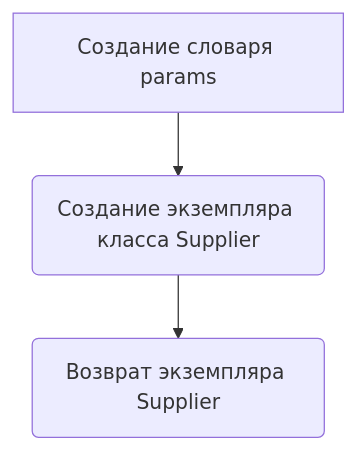
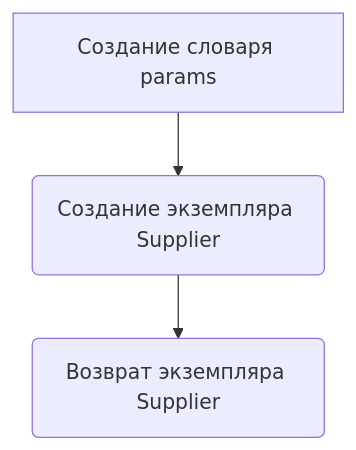
Before and after one commit to hypo69/hypo: the diagram in docs/gemini/ru/doc/src/suppliers/kualastyle/_experiments/notebook_header.py.md, drawn with Mermaid. The commit also changed other lines of this file and 881 other files, not shown here.

````diff
--- a/docs/gemini/ru/doc/src/suppliers/kualastyle/_experiments/notebook_header.py.md
+++ b/docs/gemini/ru/doc/src/suppliers/kualastyle/_experiments/notebook_header.py.md
@@ -42,5 +43,5 @@
 ```mermaid
 graph TD
-    A[Создание словаря params] --> B(Создание экземпляра класса Supplier);
+    A[Создание словаря params] --> B(Создание экземпляра Supplier);
     B --> C(Возврат экземпляра Supplier);
 ```
````
